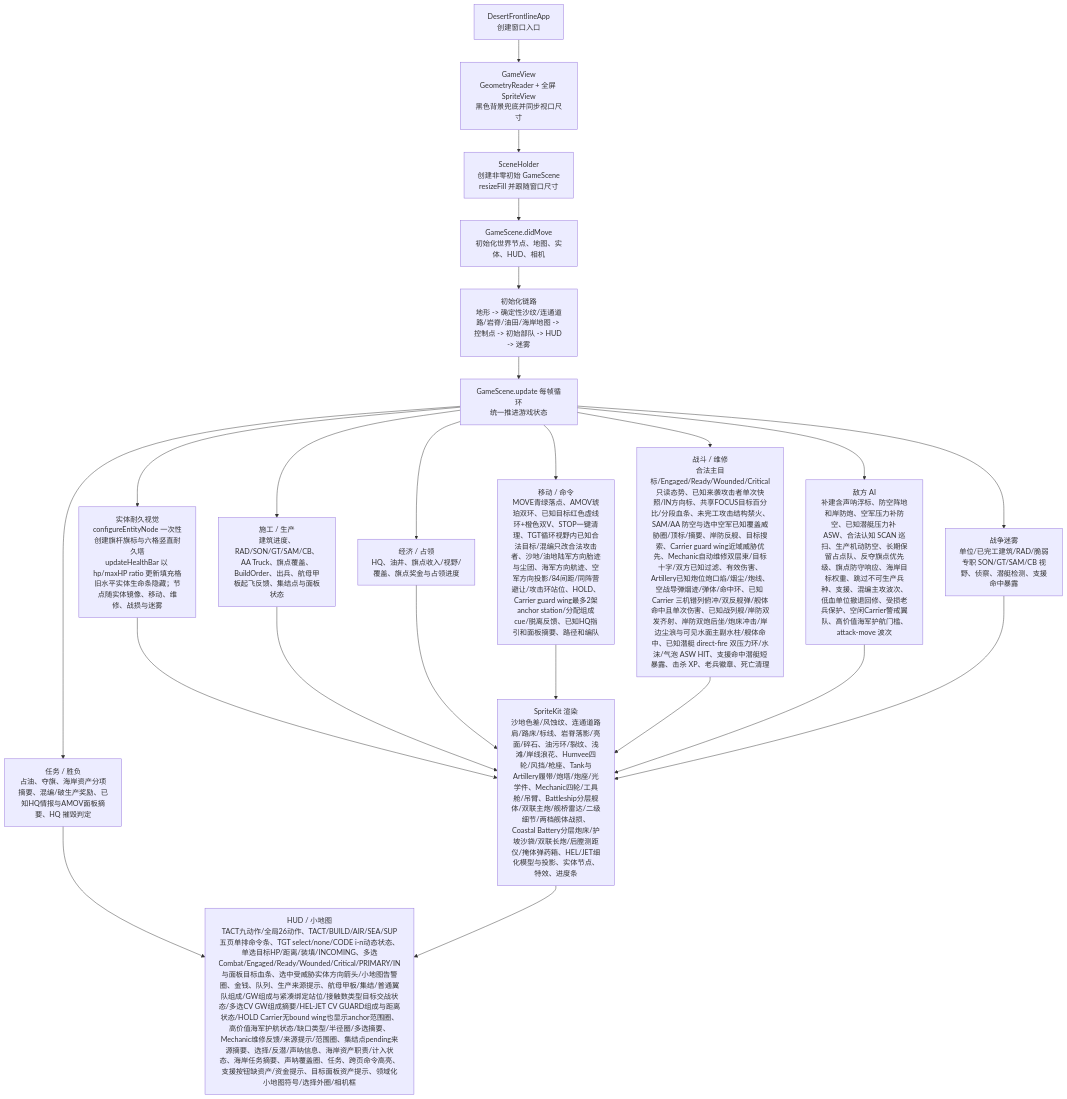
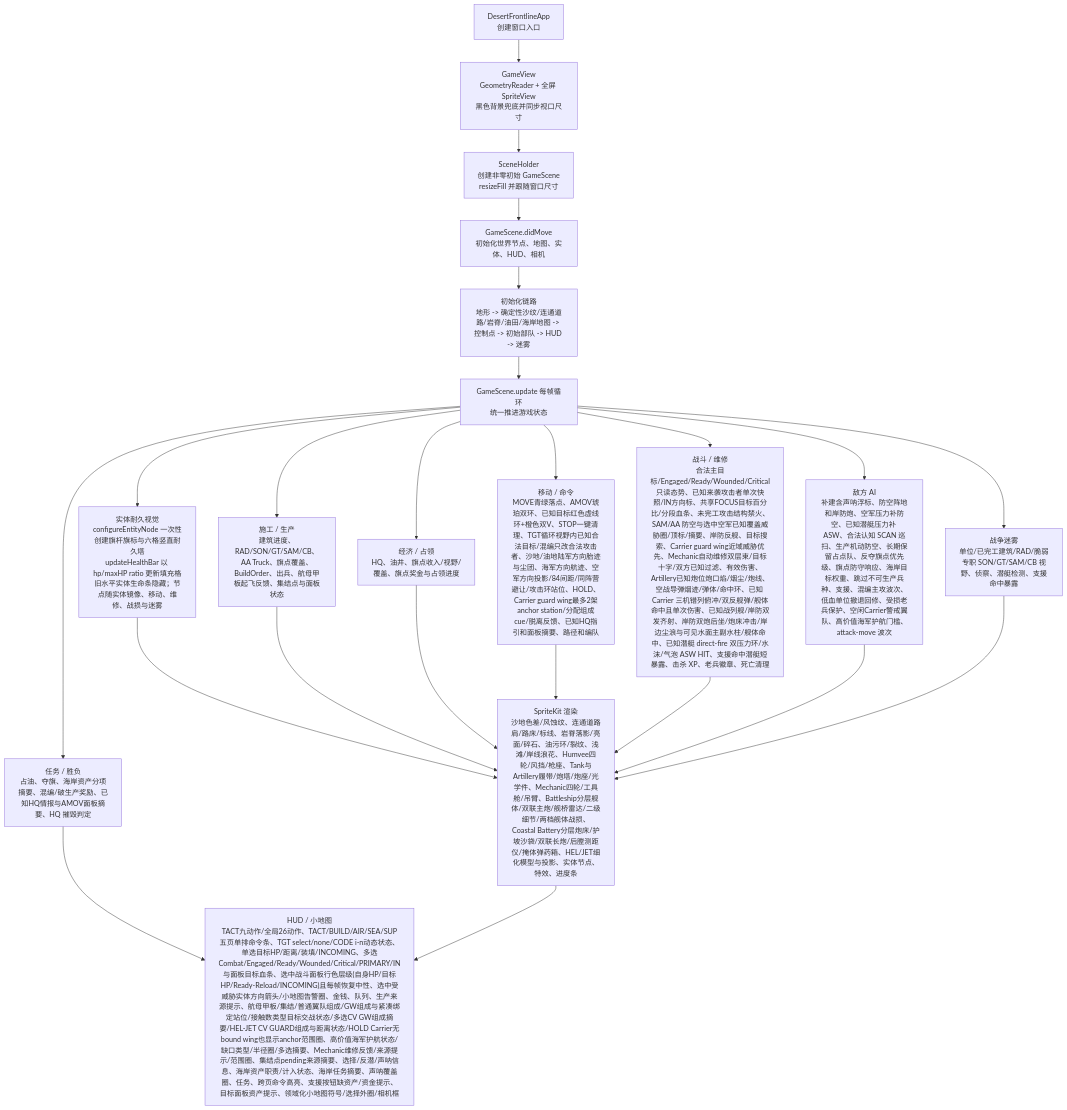
The first of 3 diagrams in md/flow/flowchart.md (Altman-sam114/1145), drawn with Mermaid before and after one commit. The commit also changed 5 other files, not shown here.

````diff
--- a/md/flow/flowchart.md
+++ b/md/flow/flowchart.md
@@ -11,25 +11,25 @@
 ```mermaid
 flowchart TD
   App["DesertFrontlineApp\n创建窗口入口"] --> View["GameView\nGeometryReader + 全屏 SpriteView\n黑色背景兜底并同步视口尺寸"]
   View --> Holder["SceneHolder\n创建非零初始 GameScene\nresizeFill 并跟随窗口尺寸"]
   Holder --> Scene["GameScene.didMove\n初始化世界节点、地图、实体、HUD、相机"]
   Scene --> Init["初始化链路\n地形 -> 确定性沙纹/连通道路/岩脊/油田/海岸地图 -> 控制点 -> 初始部队 -> HUD -> 迷雾"]
   Init --> Loop["GameScene.update 每帧循环\n统一推进游戏状态"]
   Loop --> Build["施工 / 生产\n建筑进度、RAD/SON/GT/SAM/CB、AA Truck、旗点覆盖、BuildOrder、出兵、航母甲板起飞反馈、集结点与面板状态"]
   Loop --> Economy["经济 / 占领\nHQ、油井、旗点收入/视野/覆盖、旗点奖金与占领进度"]
   Loop --> Commands["移动 / 命令\nMOVE青绿落点、AMOV琥珀双环、已知目标红色虚线环+橙色双V、STOP一键清理、TGT循环视野内已知合法目标/混编只改合法攻击者、沙地/油地陆军方向胎迹与尘团、海军方向航迹、空军方向投影/84间距/同阵营避让/攻击环站位、HOLD、Carrier guard wing最多2架anchor station/分配组成cue/脱离反馈、已知HQ指引和面板摘要、路径和编队"]
   Loop --> Combat["战斗 / 维修\n合法主目标/Engaged/Ready/Wounded/Critical只读态势、已知来袭攻击者单次快照/IN方向标、共享FOCUS目标百分比/分段血条、未完工攻击结构禁火、SAM/AA 防空与选中空军已知覆盖威胁圈/顶标/摘要、岸防反舰、目标搜索、Carrier guard wing近域威胁优先、Mechanic自动维修双层束/目标十字/双方已知过滤、有效伤害、Artillery已知炮位炮口焰/烟尘/炮线、空战导弹烟迹/弹体/命中环、已知 Carrier 三机错列俯冲/双反舰弹/舰体命中且单次伤害、已知战列舰/岸防双发齐射、岸防双炮后坐/炮床冲击/岸边尘浪与可见水面主副水柱/舰体命中、已知潜艇 direct-fire 双压力环/水沫/气泡 ASW HIT、支援命中潜艇短暴露、击杀 XP、老兵徽章、死亡清理"]
   Loop --> HealthVisual["实体耐久视觉\nconfigureEntityNode 一次性创建旗杆旗标与六格竖直耐久塔\nupdateHealthBar 以 hp/maxHP ratio 更新填充格\n旧水平实体生命条隐藏；节点随实体镜像、移动、维修、战损与迷雾"]
   HealthVisual --> Render
   Loop --> AI["敌方 AI\n补建含声呐浮标、防空阵地和岸防炮、空军压力补防空、已知潜艇压力补 ASW、合法认知 SCAN 巡扫、生产机动防空、长期保留占点队、反夺旗点优先级、旗点防守响应、海岸目标权重、跳过不可生产兵种、支援、混编主攻波次、低血单位撤退回修、受损老兵保护、空闲Carrier警戒翼队、高价值海军护航门槛、attack-move 波次"]
   Loop --> Fog["战争迷雾\n单位/已完工建筑/RAD/脆弱专职 SON/GT/SAM/CB 视野、侦察、潜艇检测、支援命中暴露"]
   Loop --> Mission["任务 / 胜负\n占油、夺旗、海岸资产分项摘要、混编/破生产奖励、已知HQ情报与AMOV面板摘要、HQ 摧毁判定"]
   Build --> Render["SpriteKit 渲染\n沙地色差/风蚀纹、连通道路肩/路床/标线、岩脊落影/亮面/碎石、油污环/裂纹、浅滩/岸线浪花、Humvee四轮/风挡/枪座、Tank与Artillery履带/炮塔/炮座/光学件、Mechanic四轮/工具舱/吊臂、Battleship分层舰体/双联主炮/舰桥雷达/二级细节/两档舰体战损、Coastal Battery分层炮床/护坡沙袋/双联长炮/后膛测距仪/掩体弹药箱、HEL/JET细化模型与投影、实体节点、特效、进度条"]
   Economy --> Render
   Commands --> Render
   Combat --> Render
   AI --> Render
   Fog --> Render
-  Mission --> HUD["HUD / 小地图\nTACT九动作/全局26动作、TACT/BUILD/AIR/SEA/SUP五页单排命令条、TGT select/none/CODE i-n动态状态、单选目标HP/距离/装填/INCOMING、多选Combat/Engaged/Ready/Wounded/Critical/PRIMARY/IN与面板目标血条、选中受威胁实体方向箭头/小地图告警圈、金钱、队列、生产来源提示、航母甲板/集结/普通翼队组成/GW组成与紧凑绑定站位/接触数类型目标交战状态/多选CV GW组成摘要/HEL-JET CV GUARD组成与距离状态/HOLD Carrier无bound wing也显示anchor范围圈、高价值海军护航状态/缺口类型/半径圈/多选摘要、Mechanic维修反馈/来源提示/范围圈、集结点pending来源摘要、选择/反潜/声呐信息、海岸资产职责/计入状态、海岸任务摘要、声呐覆盖圈、任务、跨页命令高亮、支援按钮缺资产/资金提示、目标面板资产提示、领域化小地图符号/选择外圈/相机框"]
+  Mission --> HUD["HUD / 小地图\nTACT九动作/全局26动作、TACT/BUILD/AIR/SEA/SUP五页单排命令条、TGT select/none/CODE i-n动态状态、单选目标HP/距离/装填/INCOMING、多选Combat/Engaged/Ready/Wounded/Critical/PRIMARY/IN与面板目标血条、选中战斗面板行色层级(自身HP/目标HP/Ready-Reload/INCOMING)且每帧恢复中性、选中受威胁实体方向箭头/小地图告警圈、金钱、队列、生产来源提示、航母甲板/集结/普通翼队组成/GW组成与紧凑绑定站位/接触数类型目标交战状态/多选CV GW组成摘要/HEL-JET CV GUARD组成与距离状态/HOLD Carrier无bound wing也显示anchor范围圈、高价值海军护航状态/缺口类型/半径圈/多选摘要、Mechanic维修反馈/来源提示/范围圈、集结点pending来源摘要、选择/反潜/声呐信息、海岸资产职责/计入状态、海岸任务摘要、声呐覆盖圈、任务、跨页命令高亮、支援按钮缺资产/资金提示、目标面板资产提示、领域化小地图符号/选择外圈/相机框"]
   Render --> HUD
 ```
````
